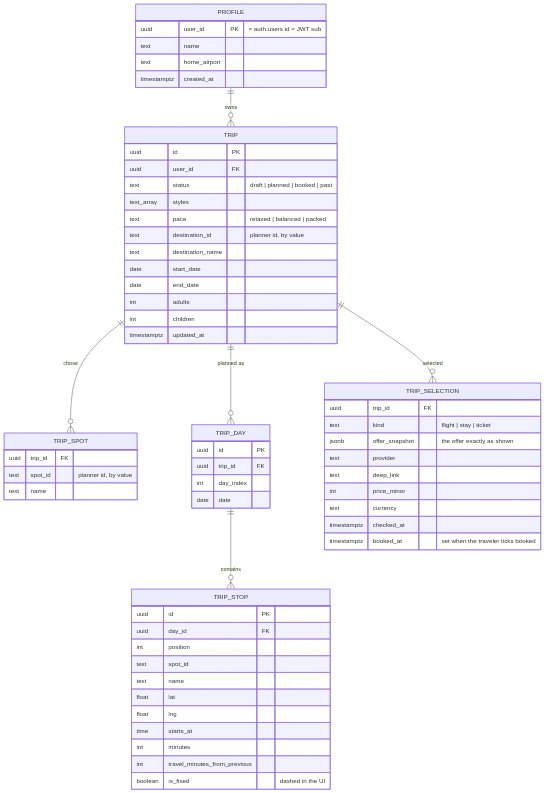
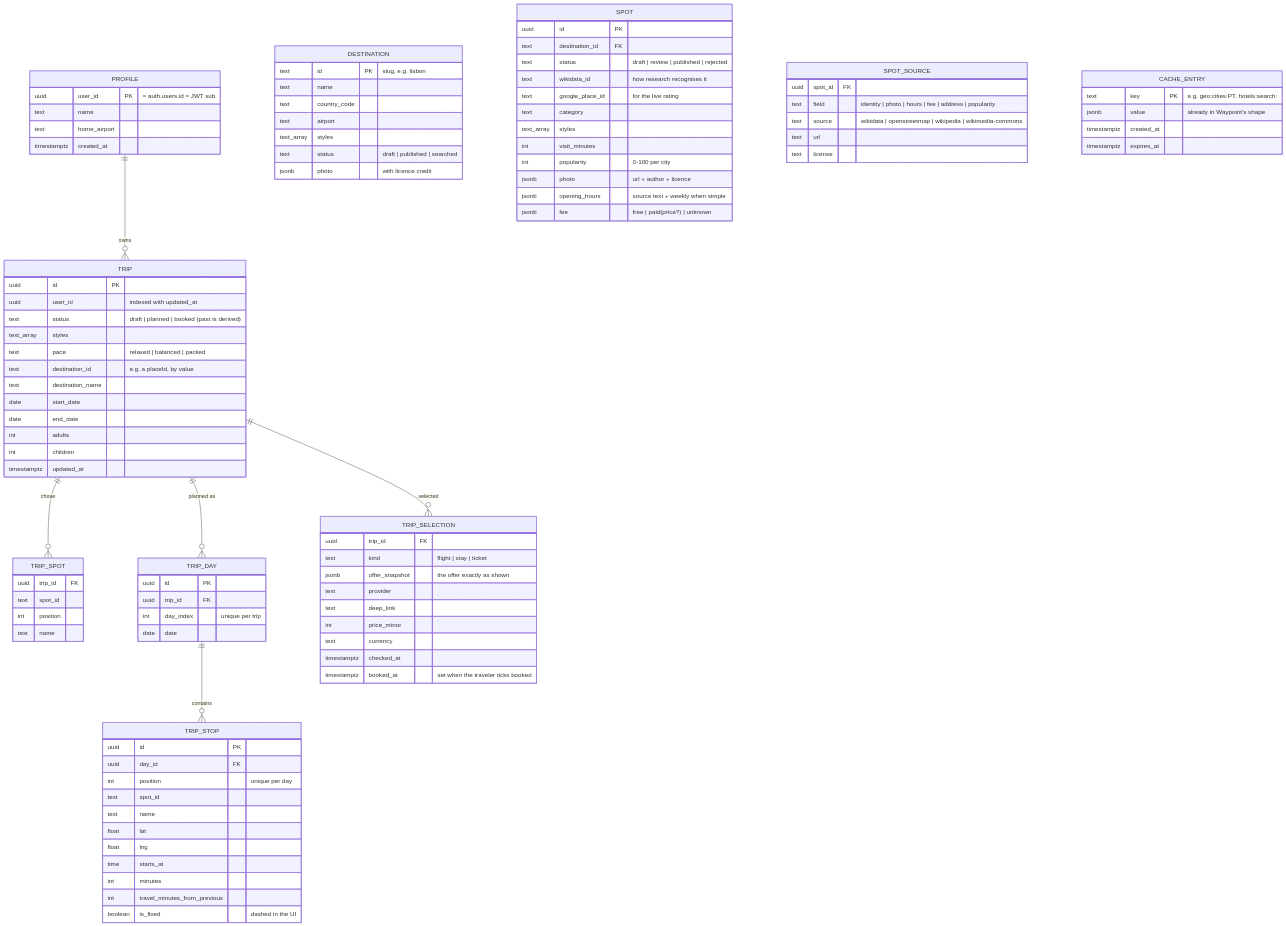
The second of 4 diagrams in docs/architecture.md (RayMand1234/Waypoint), drawn with Mermaid before and after one commit. The commit also changed other lines of this file and 2 other files, not shown here.

First line of the commit message:
Update docs for the single backend, step order and stay search

````diff
--- a/docs/architecture.md
+++ b/docs/architecture.md
@@ -229,11 +141,11 @@
   }
   TRIP {
     uuid id PK
-    uuid user_id FK
-    text status "draft | planned | booked | past"
+    uuid user_id "indexed with updated_at"
+    text status "draft | planned | booked (past is derived)"
     text_array styles
     text pace "relaxed | balanced | packed"
-    text destination_id "planner id, by value"
+    text destination_id "e.g. a placeId, by value"
     text destination_name
     date start_date
     date end_date
@@ -243,19 +155,20 @@
   }
   TRIP_SPOT {
     uuid trip_id FK
-    text spot_id "planner id, by value"
+    text spot_id
+    int position
     text name
   }
   TRIP_DAY {
     uuid id PK
     uuid trip_id FK
-    int day_index
+    int day_index "unique per trip"
     date date
   }
   TRIP_STOP {
     uuid id PK
     uuid day_id FK
-    int position
+    int position "unique per day"
     text spot_id
     text name
     float lat
@@ -276,4 +189,40 @@
     timestamptz checked_at
     timestamptz booked_at "set when the traveler ticks booked"
   }
+  DESTINATION {
+    text id PK "slug, e.g. lisbon"
+    text name
+    text country_code
+    text airport
+    text_array styles
+    text status "draft | published | searched"
+    jsonb photo "with licence credit"
+  }
+  SPOT {
+    uuid id PK
+    text destination_id FK
+    text status "draft | review | published | rejected"
+    text wikidata_id "how research recognises it"
+    text google_place_id "for the live rating"
+    text category
+    text_array styles
+    int visit_minutes
+    int popularity "0-100 per city"
+    jsonb photo "url + author + licence"
+    jsonb opening_hours "source text + weekly when simple"
+    jsonb fee "free | paid(price?) | unknown"
+  }
+  SPOT_SOURCE {
+    uuid spot_id FK
+    text field "identity | photo | hours | fee | address | popularity"
+    text source "wikidata | openstreetmap | wikipedia | wikimedia-commons"
+    text url
+    text license
+  }
+  CACHE_ENTRY {
+    text key PK "e.g. geo:cities:PT, hotels:search:<stable query>"
+    jsonb value "already in Waypoint's shape"
+    timestamptz created_at
+    timestamptz expires_at
+  }
 ```
````
